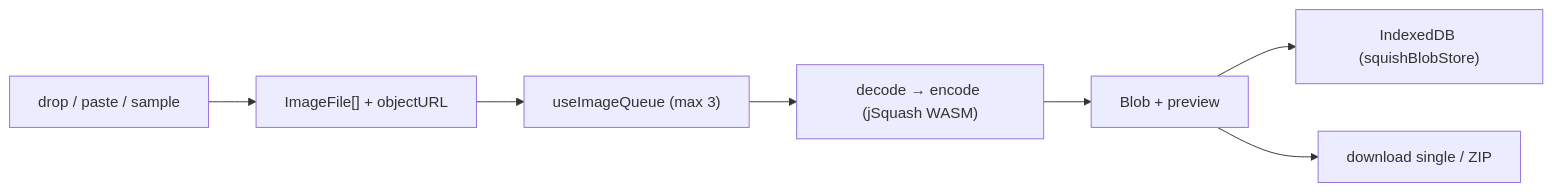
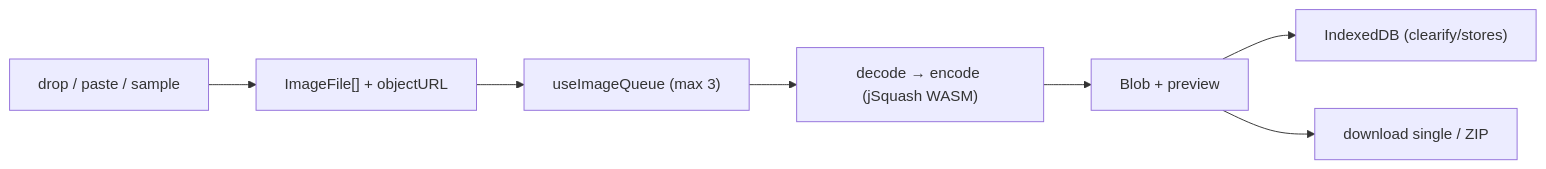
One commit to WuChenDi/projects changed the diagram in apps/clearify/README.md. Above: the diagram before and after it, drawn with Mermaid. The commit also changed other lines of this file and 31 other files, not shown here.

First line of the commit message:
refactor(bytts,clearify,dropply-web,text2img): persist stores via @cdlab/zustand-idb

````diff
--- a/apps/clearify/README.md
+++ b/apps/clearify/README.md
@@ -81,9 +81,9 @@
 ```mermaid
 flowchart LR
     A["drop / paste / sample"] --> B["ImageFile[] + objectURL"]
     B --> C["useImageQueue (max 3)"]
     C --> D["decode → encode (jSquash WASM)"]
     D --> E["Blob + preview"]
-    E --> F["IndexedDB (squishBlobStore)"]
+    E --> F["IndexedDB (clearify/stores)"]
     E --> G["download single / ZIP"]
 ```
````
